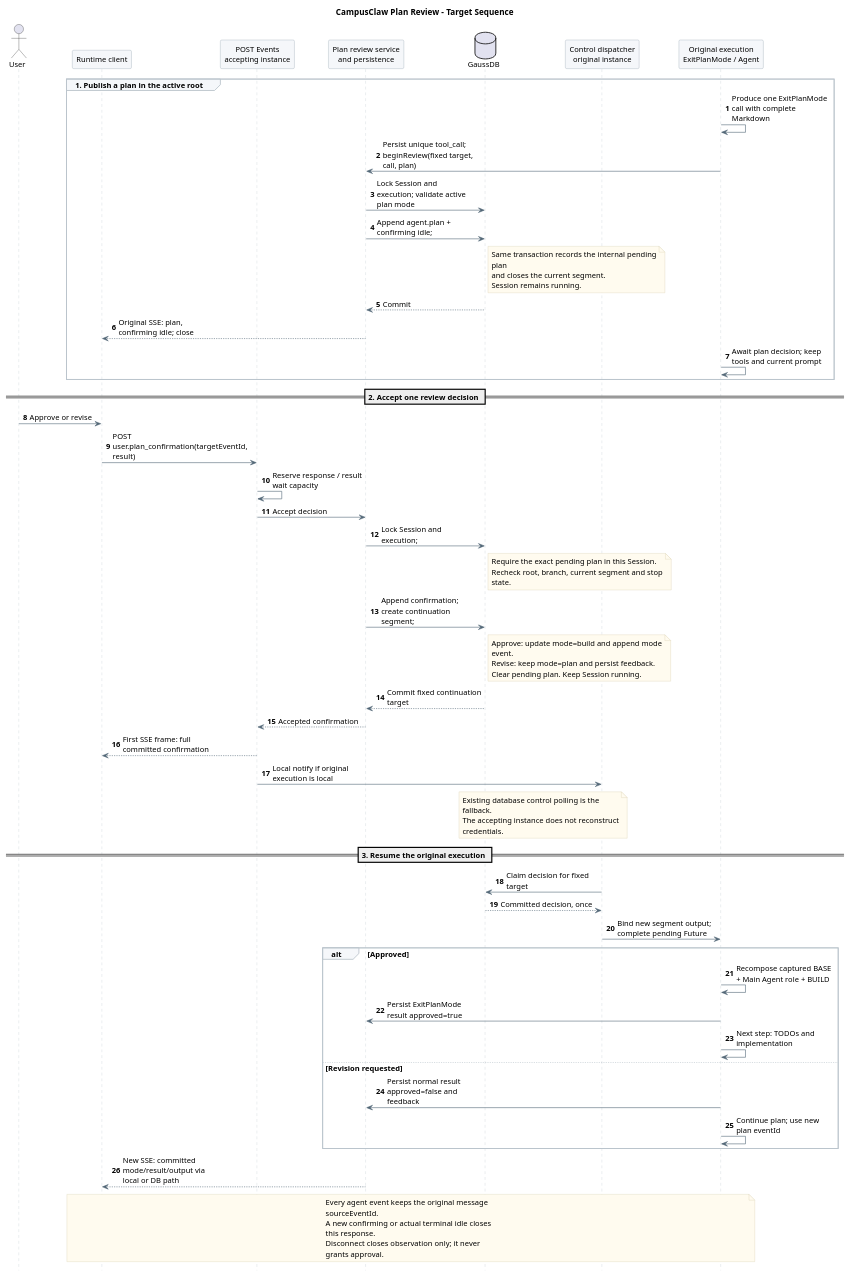
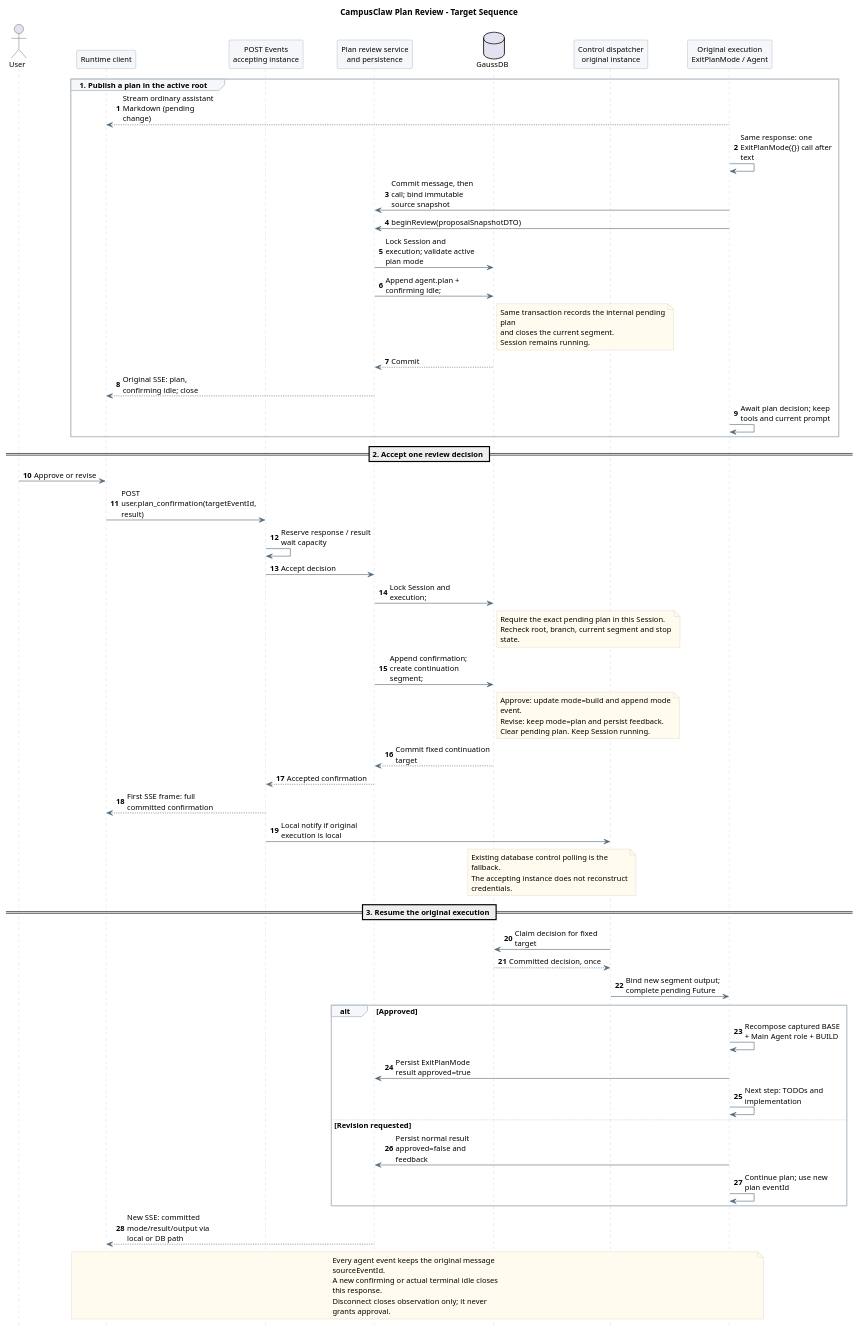
Before and after one commit to ssm0808/pi-mono-java-design: the second of 7 diagrams in 01-总体架构/06-CampusClaw计划模式/diagram.puml, drawn with PlantUML. The commit also changed other lines of this file and 26 other files, not shown here.

```diff
--- a/01-总体架构/06-CampusClaw计划模式/diagram.puml
+++ b/01-总体架构/06-CampusClaw计划模式/diagram.puml
@@ -301,99 +316,101 @@
 @startuml plan_mode_review_sequence
 skinparam backgroundColor white
 skinparam defaultFontName SansSerif
 skinparam defaultFontSize 13
 skinparam shadowing false
 skinparam sequenceMessageAlign left
 skinparam maxMessageSize 165
 skinparam sequenceArrowColor #526777
 skinparam sequenceLifeLineBorderColor #BAC4CC
 skinparam sequenceParticipantBackgroundColor #F5F7FA
 skinparam sequenceParticipantBorderColor #8496A4
 skinparam sequenceGroupBackgroundColor #F5F7FA
 skinparam sequenceGroupBorderColor #BAC4CC
 skinparam noteBackgroundColor #FFFBEF
 skinparam noteBorderColor #D2C6A5
 hide footbox
 autonumber
 ' Source baseline: pi-mono-java 09b32d8ea4a4b43b34be302d8b2745bdc417c9a2.
 ' Source: modules/coding-agent-cli/src/main/java/com/campusclaw/codingagent/runtimeapi/event/RuntimeControlEventService.java :: accept.
 ' Source: modules/coding-agent-cli/src/main/java/com/campusclaw/codingagent/runtimeapi/persistence/MyBatisRuntimeExecutionControlRepository.java :: markConfirming, acceptConfirmation, claimConfirmation.
 ' Source: modules/coding-agent-cli/src/main/java/com/campusclaw/codingagent/runtimeapi/runtime/RuntimeSessionControlDispatcher.java :: dispatchConfirmation.
 ' Observed behavior: tool confirmation closes one response and resumes through a new fixed segment.
 ' Design reason: plan review reuses this transport and durable handoff.
 ' Java divergence: immutable plan event identity is the approval target; tool permissions remain separate.
 title CampusClaw Plan Review - Target Sequence
 actor User
 participant "Runtime client" as UI
 participant "POST Events\naccepting instance" as API
 participant "Plan review service\nand persistence" as Service
 database GaussDB as DB
 participant "Control dispatcher\noriginal instance" as Dispatcher
 participant "Original execution\nExitPlanMode / Agent" as Agent
 
 group 1. Publish a plan in the active root
-  Agent -> Agent : Produce one ExitPlanMode call with complete Markdown
-  Agent -> Service : Persist unique tool_call; beginReview(fixed target, call, plan)
+  Agent --> UI : Stream ordinary assistant Markdown (pending change)
+  Agent -> Agent : Same response: one ExitPlanMode({}) call after text
+  Agent -> Service : Commit message, then call; bind immutable source snapshot
+  Agent -> Service : beginReview(proposalSnapshotDTO)
   Service -> DB : Lock Session and execution; validate active plan mode
   Service -> DB : Append agent.plan + confirming idle;
   note right of DB
   Same transaction records the internal pending
   plan
   and closes the current segment.
   Session remains running.
   end note
   DB --> Service : Commit
   Service --> UI : Original SSE: plan, confirming idle; close
   Agent -> Agent : Await plan decision; keep tools and current prompt
 end
 
 == 2. Accept one review decision ==
 User -> UI : Approve or revise
 UI -> API : POST user.plan_confirmation(targetEventId, result)
 API -> API : Reserve response / result wait capacity
 API -> Service : Accept decision
 Service -> DB : Lock Session and execution;
 note right of DB
   Require the exact pending plan in this Session.
   Recheck root, branch, current segment and stop
   state.
 end note
 Service -> DB : Append confirmation; create continuation segment;
 note right of DB
   Approve: update mode=build and append mode
   event.
   Revise: keep mode=plan and persist feedback.
   Clear pending plan. Keep Session running.
 end note
 DB --> Service : Commit fixed continuation target
 Service --> API : Accepted confirmation
 API --> UI : First SSE frame: full committed confirmation
 API -> Dispatcher : Local notify if original execution is local
 note over DB,Dispatcher
   Existing database control polling is the
   fallback.
   The accepting instance does not reconstruct
   credentials.
 end note
 == 3. Resume the original execution ==
 Dispatcher -> DB : Claim decision for fixed target
 DB --> Dispatcher : Committed decision, once
 Dispatcher -> Agent : Bind new segment output; complete pending Future
 alt Approved
   Agent -> Agent : Recompose captured BASE + Main Agent role + BUILD
   Agent -> Service : Persist ExitPlanMode result approved=true
   Agent -> Agent : Next step: TODOs and implementation
 else Revision requested
   Agent -> Service : Persist normal result approved=false and feedback
   Agent -> Agent : Continue plan; use new plan eventId
 end
 Service --> UI : New SSE: committed mode/result/output via local or DB path
 note over UI,Agent
   Every agent event keeps the original message
   sourceEventId.
   A new confirming or actual terminal idle closes
   this response.
   Disconnect closes observation only; it never
   grants approval.
 end note
 @enduml
```
